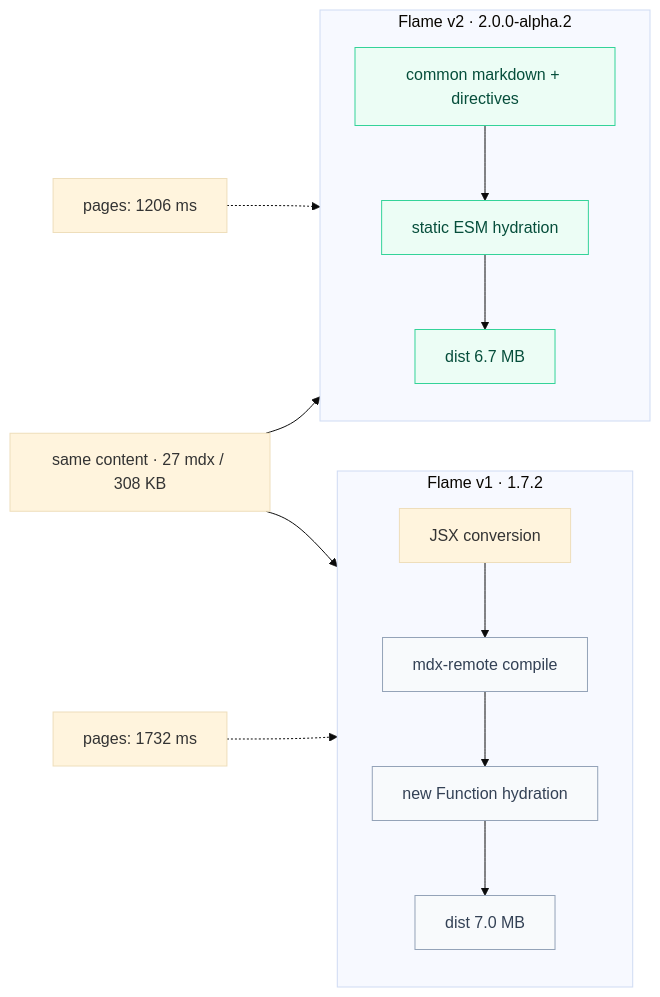
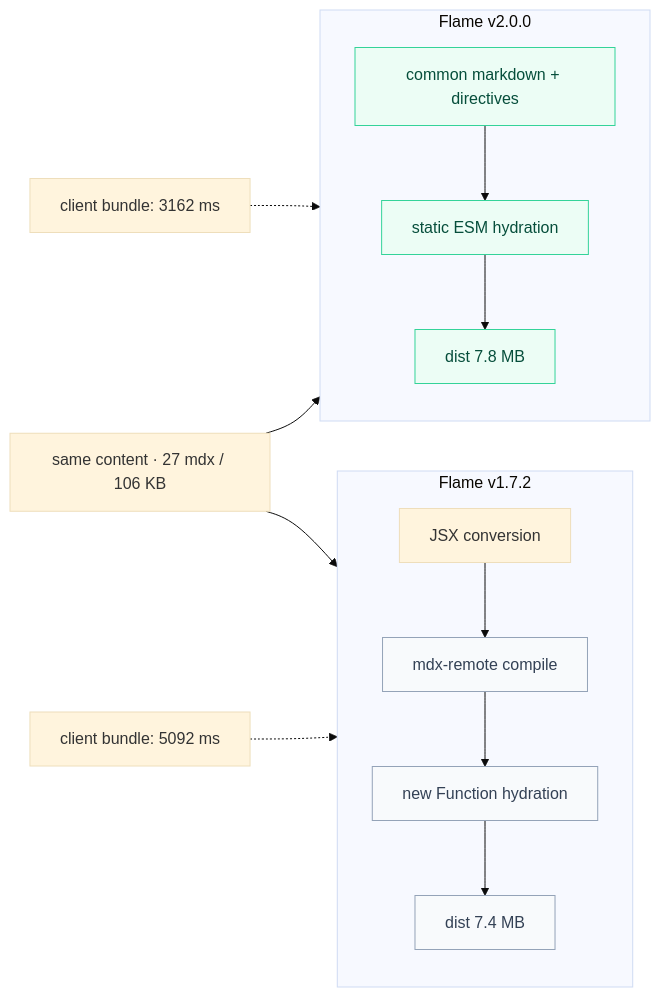
The first of 2 diagrams in packages/flame/docs/index.mdx (DocuBook/docubook), drawn with Mermaid (base theme) before and after one commit. The commit also changed other lines of this file and 5 other files, not shown here.

````diff
--- a/packages/flame/docs/index.mdx
+++ b/packages/flame/docs/index.mdx
@@ -34,32 +36,32 @@
 ```mermaid
 flowchart LR
     classDef v1 fill:#f8fafc,stroke:#94a3b8,stroke-width:1px,color:#334155
     classDef v2 fill:#ecfdf5,stroke:#34d399,stroke-width:1px,color:#064e3b
     classDef note fill:#fef2f2,stroke:#f87171,stroke-width:1px,color:#7f1d1d
 
-    RAW["same content · 27 mdx / 308 KB"] --> V1
+    RAW["same content · 27 mdx / 106 KB"] --> V1
     RAW --> V2
 
-    subgraph V1["Flame v1 · 1.7.2"]
+    subgraph V1["Flame v1.7.2"]
         direction TB
         C1["JSX conversion"]
         B1["mdx-remote compile"]
         H1["new Function hydration"]
-        D1["dist 7.0 MB"]
+        D1["dist 7.4 MB"]
         C1 --> B1 --> H1 --> D1
     end
-    subgraph V2["Flame v2 · 2.0.0-alpha.2"]
+    subgraph V2["Flame v2.0.0"]
         direction TB
         B2["common markdown + directives"]
         H2["static ESM hydration"]
-        D2["dist 6.7 MB"]
+        D2["dist 7.8 MB"]
         B2 --> H2 --> D2
     end
 
-    T1["pages: 1732 ms"] -.-> B1
-    T2["pages: 1206 ms"] -.-> B2
+    T1["client bundle: 5092 ms"] -.-> B1
+    T2["client bundle: 3162 ms"] -.-> B2
 
     class E1 note
     class B1,H1,D1 v1
     class B2,H2,D2 v2
 ```
````
